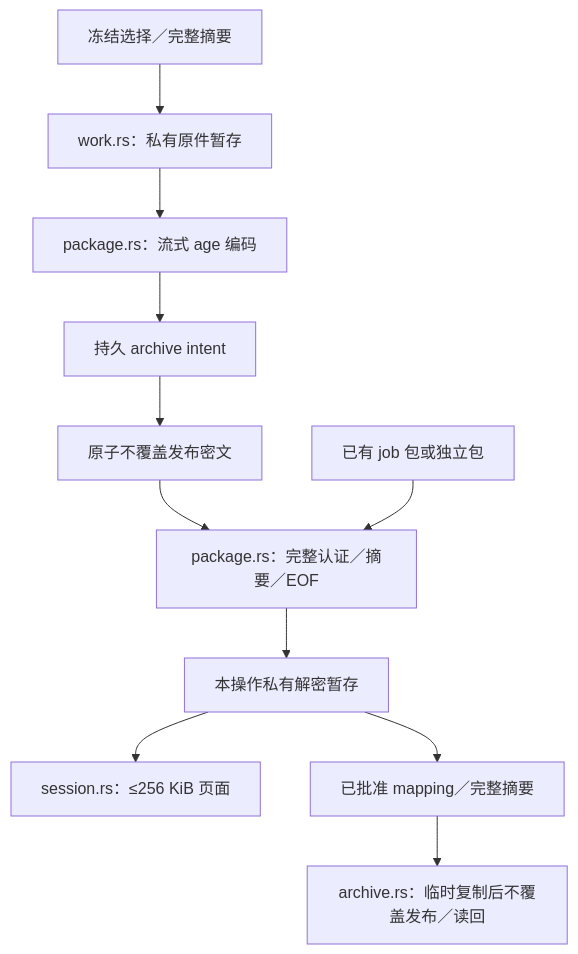
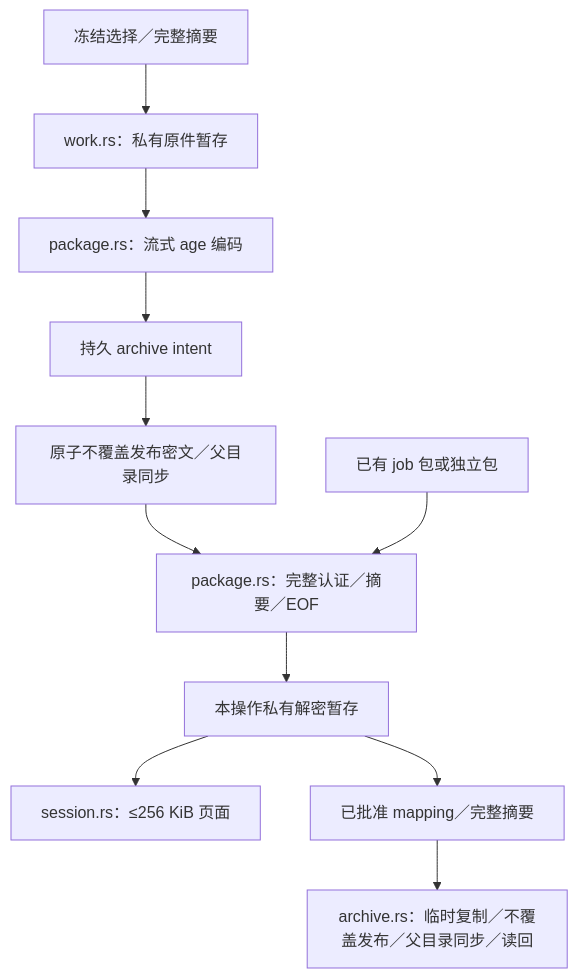
One commit to IndelibleVivi/lintel-cc changed the diagram in docs/core.md. Above: the diagram before and after it, drawn with Mermaid. The commit also changed other lines of this file and 30 other files, not shown here.

````diff
--- a/docs/core.md
+++ b/docs/core.md
@@ -92,13 +92,13 @@
 ```mermaid
 flowchart TD
     F["冻结选择／完整摘要"] --> S["work.rs：私有原件暂存"]
     S --> E["package.rs：流式 age 编码"]
     E --> J["持久 archive intent"]
-    J --> P["原子不覆盖发布密文"]
+    J --> P["原子不覆盖发布密文／父目录同步"]
     P --> V["package.rs：完整认证／摘要／EOF"]
     C["已有 job 包或独立包"] --> V
     V --> D["本操作私有解密暂存"]
     D --> R["session.rs：≤256 KiB 页面"]
     D --> A["已批准 mapping／完整摘要"]
-    A --> I["archive.rs：临时复制后不覆盖发布／读回"]
+    A --> I["archive.rs：临时复制／不覆盖发布／父目录同步／读回"]
 ```
````
